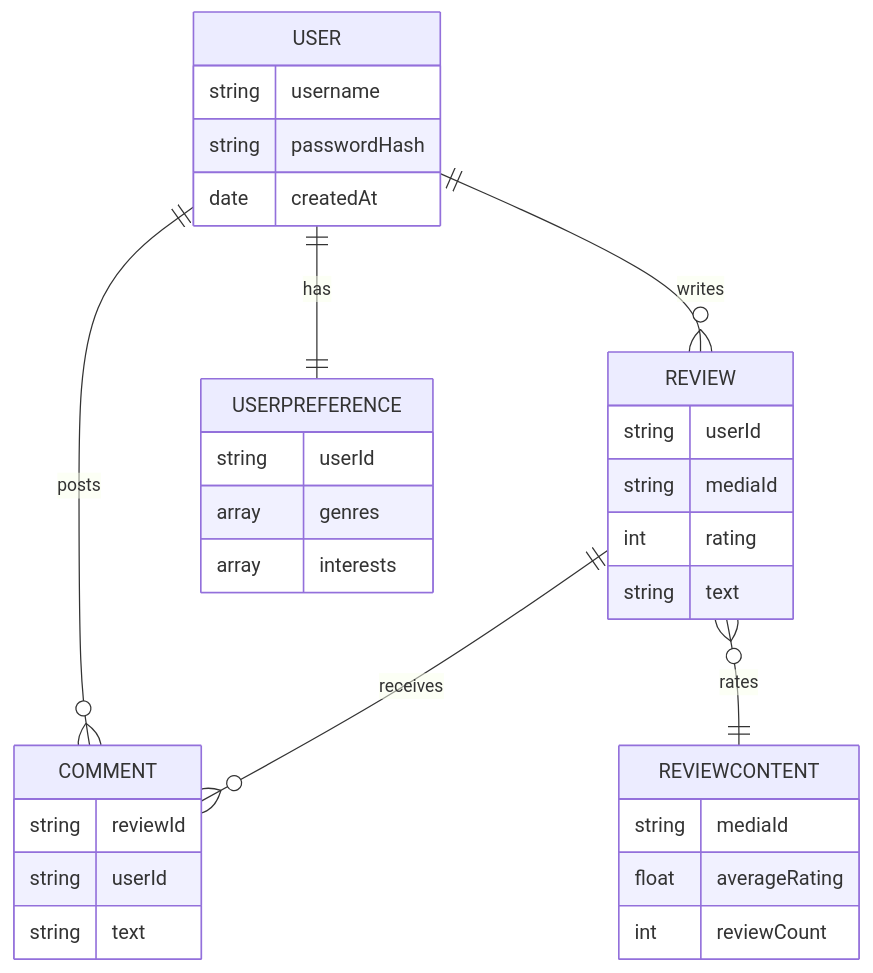
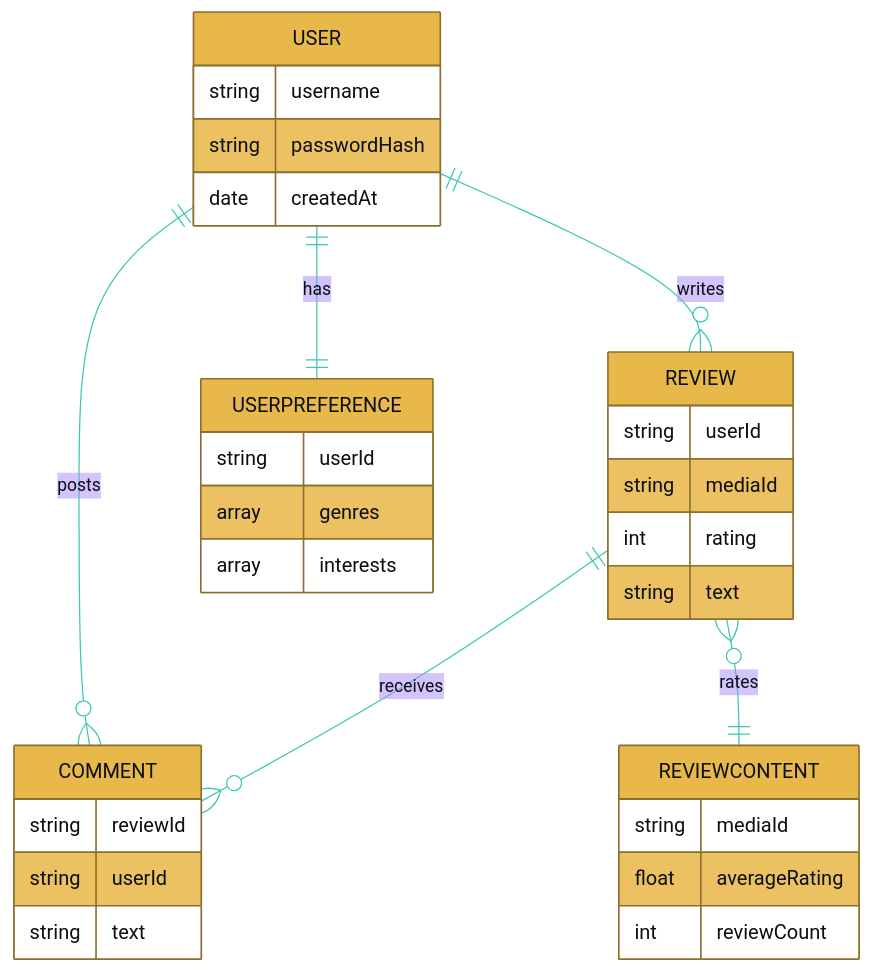
One commit to shiva122019/WatchVerse changed the second of 3 diagrams in readme.md. Above: the diagram before and after it, drawn with Mermaid. The commit also changed other lines of this file, not shown here.

First line of the commit message:
Revise README badges and architecture diagrams

````diff
--- a/readme.md
+++ b/readme.md
@@ -168,35 +185,44 @@
 ```mermaid
+%%{init: {'theme':'base', 'themeVariables': {
+  'primaryColor': '#e8b84b',
+  'primaryTextColor': '#0b0e14',
+  'primaryBorderColor': '#8a6f2e',
+  'secondaryColor': '#3ec6b6',
+  'tertiaryColor': '#a78bfa',
+  'lineColor': '#3ec6b6',
+  'fontFamily': 'Arial'
+}}}%%
 erDiagram
     USER ||--o{ REVIEW : writes
     USER ||--o{ COMMENT : posts
     USER ||--|| USERPREFERENCE : has
     REVIEW ||--o{ COMMENT : "receives"
     REVIEW }o--|| REVIEWCONTENT : "rates"
 
     USER {
         string username
         string passwordHash
         date createdAt
     }
     REVIEW {
         string userId
         string mediaId
         int rating
         string text
     }
     COMMENT {
         string reviewId
         string userId
         string text
     }
     USERPREFERENCE {
         string userId
         array genres
         array interests
     }
     REVIEWCONTENT {
         string mediaId
         float averageRating
         int reviewCount
     }
 ```
````
